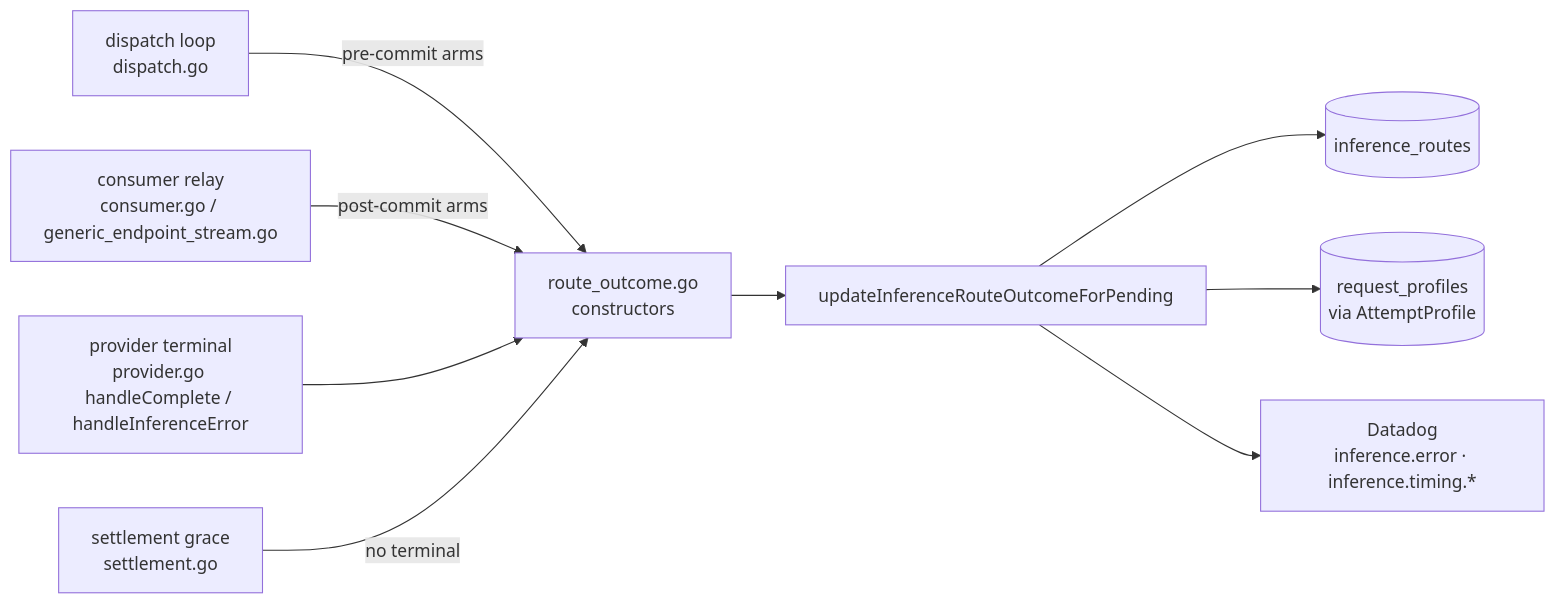
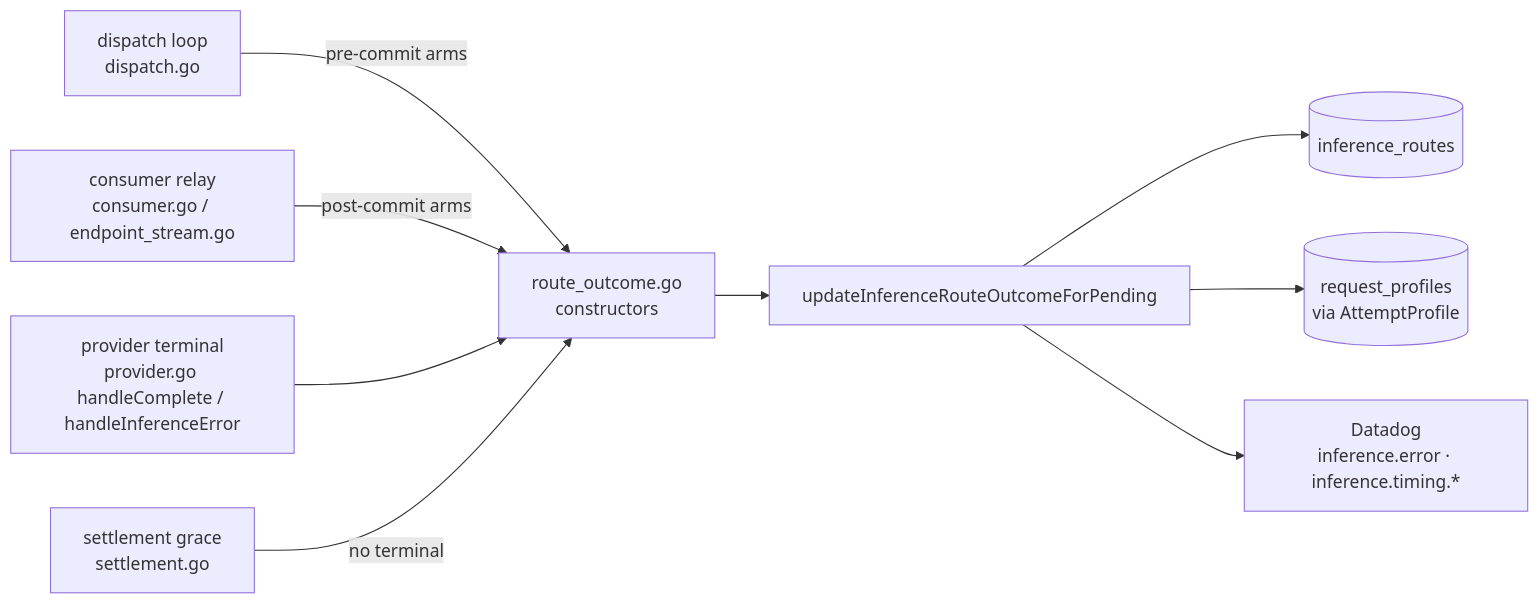
Before and after one commit to Layr-Labs/d-inference: the diagram in docs/architecture/request-outcome-observability.md, drawn with Mermaid. The commit also changed other lines of this file and 2 other files, not shown here.

Commit message:
Refresh stream ownership documentation after rebase

````diff
--- a/docs/architecture/request-outcome-observability.md
+++ b/docs/architecture/request-outcome-observability.md
@@ -24,11 +24,11 @@
 ```mermaid
 flowchart LR
   A[dispatch loop<br/>dispatch.go] -->|pre-commit arms| F[route_outcome.go<br/>constructors]
-  B[consumer relay<br/>consumer.go / generic_endpoint_stream.go] -->|post-commit arms| F
+  B[consumer relay<br/>consumer.go / endpoint_stream.go] -->|post-commit arms| F
   C[provider terminal<br/>provider.go handleComplete / handleInferenceError] --> F
   D[settlement grace<br/>settlement.go] -->|no terminal| F
   F --> G[updateInferenceRouteOutcomeForPending]
   G --> H[(inference_routes)]
   G --> I[(request_profiles<br/>via AttemptProfile)]
   G --> J[Datadog<br/>inference.error · inference.timing.*]
 ```
````
